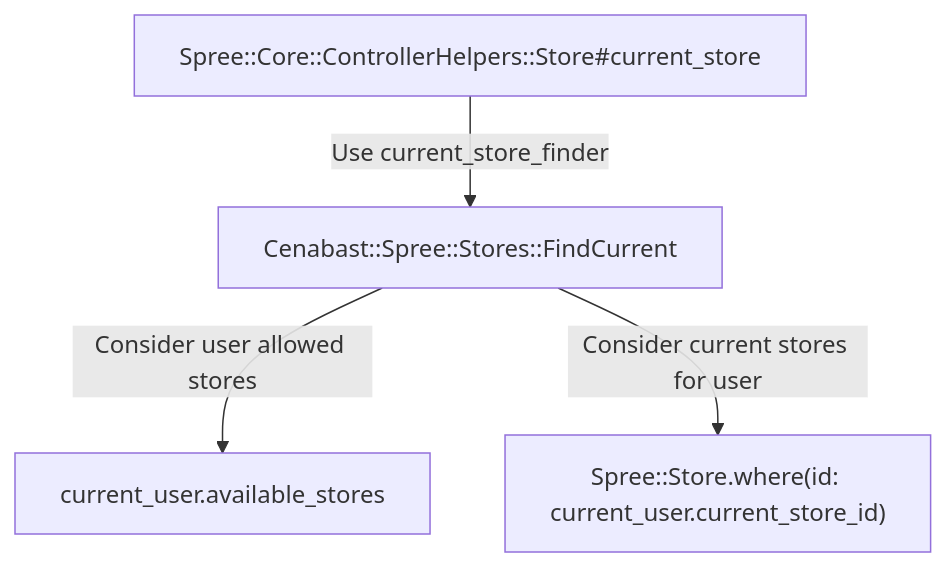
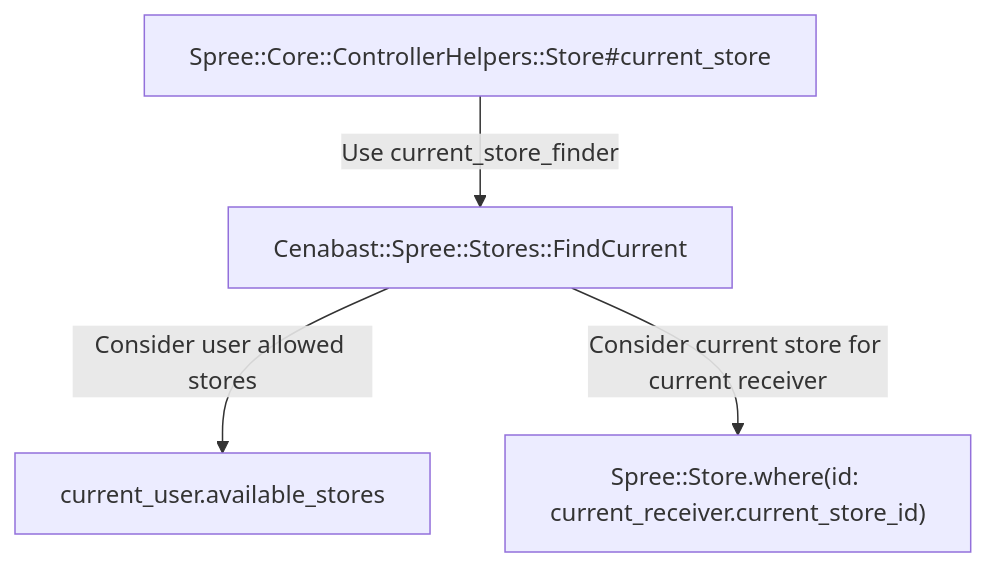
One commit to Departamento-TI/cenabast-tienda changed the diagram in docs/docs/2_Store Project/development-functionalities/sale-channels.md. Above: the diagram before and after it, drawn with Mermaid. The commit also changed other lines of this file and 4 other files, not shown here.

````diff
--- a/docs/docs/2_Store Project/development-functionalities/sale-channels.md
+++ b/docs/docs/2_Store Project/development-functionalities/sale-channels.md
@@ -36,6 +46,6 @@
 ```mermaid
 flowchart TD
     A[Spree::Core::ControllerHelpers::Store#current_store] -->|Use current_store_finder| B[Cenabast::Spree::Stores::FindCurrent]
     B --> |Consider user allowed stores| C[current_user.available_stores]
-    B --> |Consider current stores for user| D["Spree::Store.where(id: current_user.current_store_id)"]
+    B --> |Consider current store for current receiver| D["Spree::Store.where(id: current_receiver.current_store_id)"]
 ```
````
